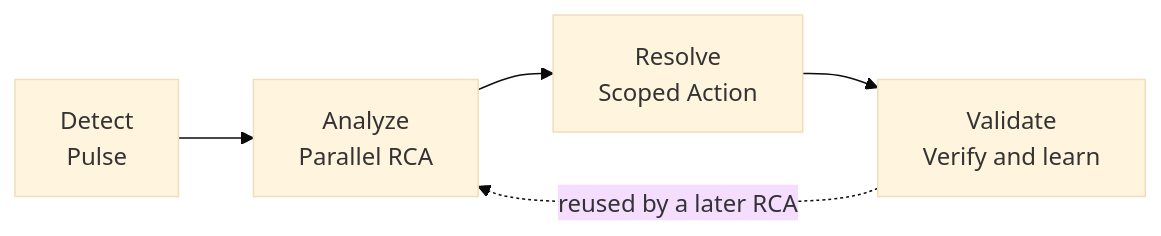
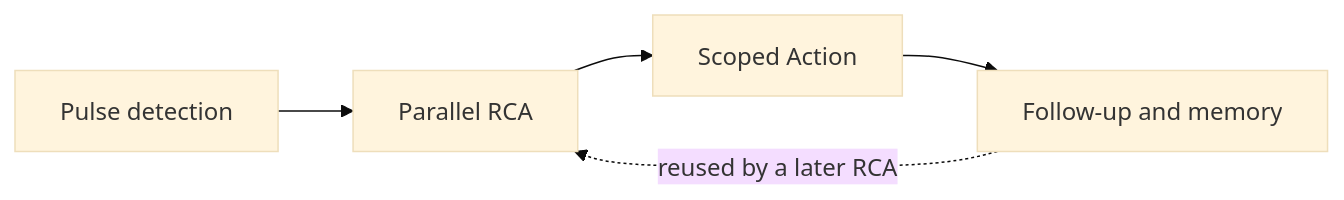
The diagram in guide/incident/overview.mdx (nhat-tranvan/docs), drawn with Mermaid (base theme) before and after one commit. The commit also changed other lines of this file and 130 other files, not shown here.

````diff
--- a/guide/incident/overview.mdx
+++ b/guide/incident/overview.mdx
@@ -11,7 +13,7 @@
 ```mermaid
 flowchart LR
-    A["Detect\nPulse"] --> B["Analyze\nParallel RCA"]
-    B --> C["Resolve\nScoped Action"]
-    C --> D["Validate\nVerify and learn"]
+    A[Pulse detection] --> B[Parallel RCA]
+    B --> C[Scoped Action]
+    C --> D[Follow-up and memory]
     D -. "reused by a later RCA" .-> B
 ```
````
